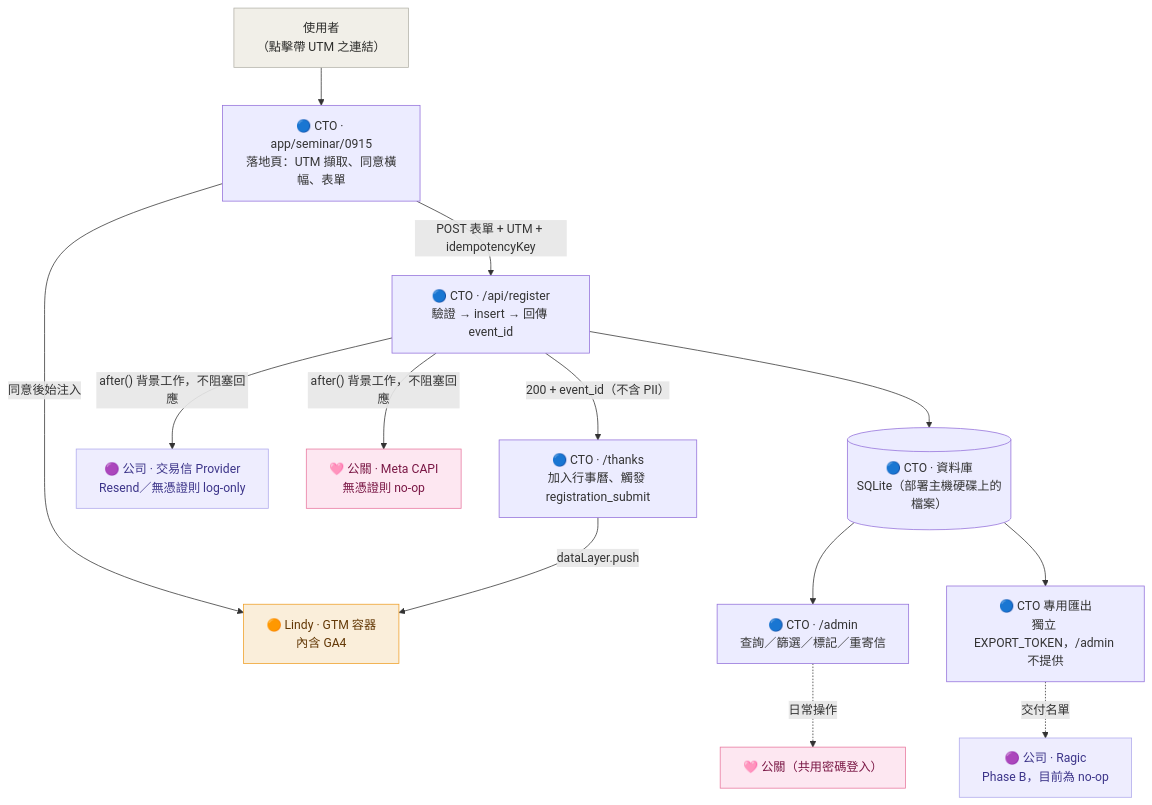
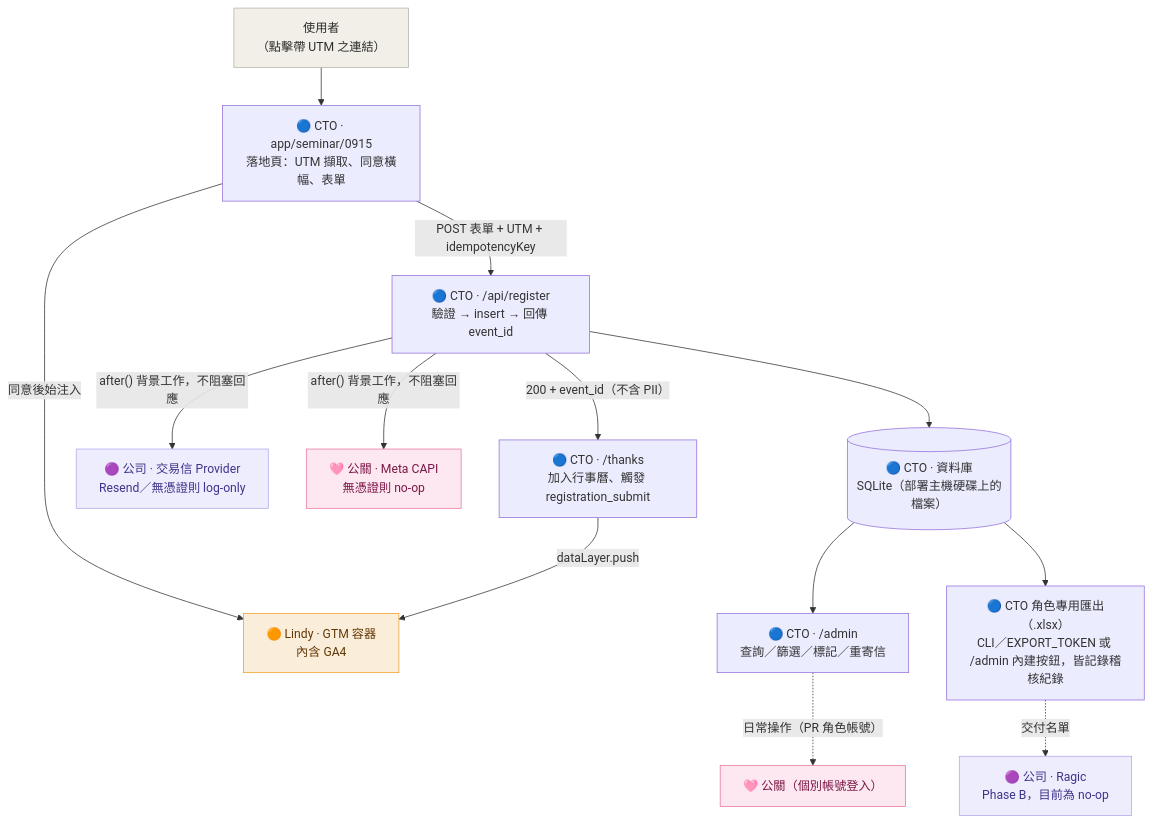
The diagram in README.md (cawu-ii/agatha-seminar-0915), drawn with Mermaid before and after one commit. The commit also changed other lines of this file and 30 other files, not shown here.

First line of the commit message:
feat: individual PR/CTO accounts with roles, Excel export with audit log

````diff
--- a/README.md
+++ b/README.md
@@ -98,21 +99,21 @@
 ```mermaid
 flowchart TD
   U["使用者<br/>（點擊帶 UTM 之連結）"]:::ext
   U --> LP["🔵 CTO · app/seminar/0915<br/>落地頁：UTM 擷取、同意橫幅、表單"]
   LP -->|"同意後始注入"| GTM["🟠 Lindy · GTM 容器<br/>內含 GA4"]:::lindy
   LP -->|"POST 表單 + UTM + idempotencyKey"| API["🔵 CTO · /api/register<br/>驗證 → insert → 回傳 event_id"]
   API --> DB[("🔵 CTO · 資料庫<br/>SQLite（部署主機硬碟上的檔案）")]
   API -->|"after() 背景工作，不阻塞回應"| MAIL["🟣 公司 · 交易信 Provider<br/>Resend／無憑證則 log-only"]:::company
   API -->|"after() 背景工作，不阻塞回應"| META["🩷 公關 · Meta CAPI<br/>無憑證則 no-op"]:::pr
   API -->|"200 + event_id（不含 PII）"| THX["🔵 CTO · /thanks<br/>加入行事曆、觸發 registration_submit"]
   THX -->|"dataLayer.push"| GTM
   DB --> ADMIN["🔵 CTO · /admin<br/>查詢／篩選／標記／重寄信"]
-  ADMIN -.日常操作.-> PRUSER["🩷 公關（共用密碼登入）"]:::pr
-  DB --> EXPORT["🔵 CTO 專用匯出<br/>獨立 EXPORT_TOKEN，/admin 不提供"]
+  ADMIN -.日常操作（PR 角色帳號）.-> PRUSER["🩷 公關（個別帳號登入）"]:::pr
+  DB --> EXPORT["🔵 CTO 角色專用匯出（.xlsx）<br/>CLI／EXPORT_TOKEN 或 /admin 內建按鈕，皆記錄稽核紀錄"]
   EXPORT -.交付名單.-> RAGIC["🟣 公司 · Ragic<br/>Phase B，目前為 no-op"]:::company
 
   classDef ext fill:#F1EFE8,stroke:#B4B2A9,color:#2C2C2A;
   classDef lindy fill:#FAEEDA,stroke:#EF9F27,color:#633806;
   classDef pr fill:#FDE7F1,stroke:#E8779E,color:#7A1745;
   classDef company fill:#EEEDFE,stroke:#AFA9EC,color:#3C3489;
 ```
````
